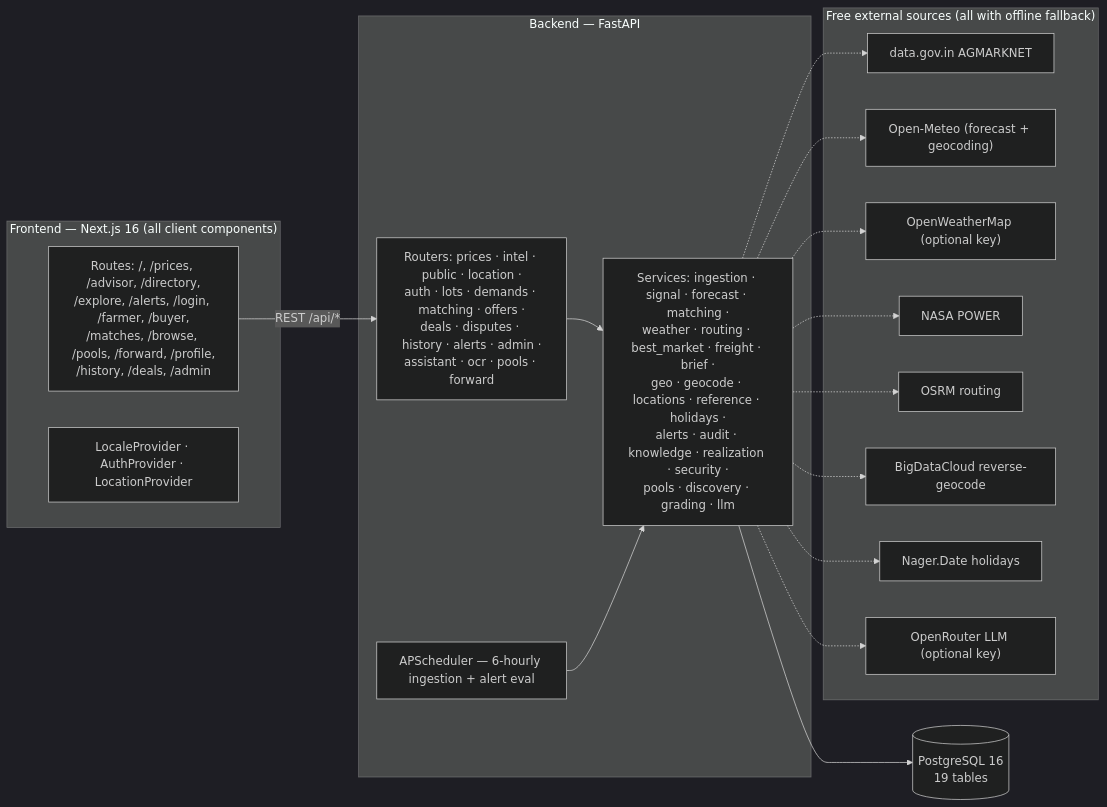
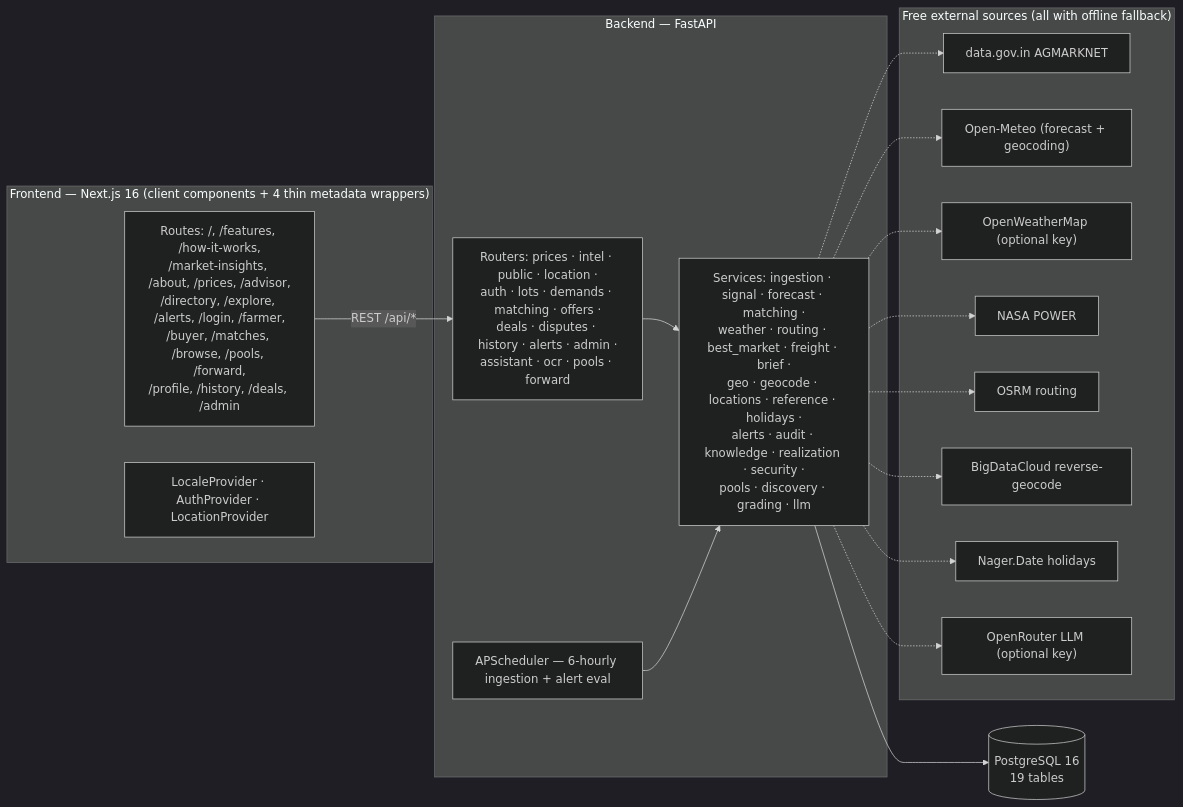
One commit to umangjzx/Sih-26132 changed the first of 3 diagrams in README.md. Above: the diagram before and after it, drawn with Mermaid (dark theme). The commit also changed other lines of this file and 23 other files, not shown here.

````diff
--- a/README.md
+++ b/README.md
@@ -124,32 +143,32 @@
 ```mermaid
 flowchart LR
-    subgraph Client["Frontend — Next.js 16 (all client components)"]
-      UI["Routes: /, /prices, /advisor, /directory,\n/explore, /alerts, /login, /farmer, /buyer,\n/matches, /browse, /pools, /forward, /profile,\n/history, /deals, /admin"]
+    subgraph Client["Frontend — Next.js 16 (client components + 4 thin metadata wrappers)"]
+      UI["Routes: /, /features, /how-it-works,\n/market-insights, /about, /prices, /advisor,\n/directory, /explore, /alerts, /login, /farmer,\n/buyer, /matches, /browse, /pools, /forward,\n/profile, /history, /deals, /admin"]
       Providers["LocaleProvider · AuthProvider · LocationProvider"]
     end
 
     subgraph API["Backend — FastAPI"]
       Routers["Routers: prices · intel · public · location ·\nauth · lots · demands · matching · offers ·\ndeals · disputes · history · alerts · admin ·\nassistant · ocr · pools · forward"]
       Services["Services: ingestion · signal · forecast · matching ·\nweather · routing · best_market · freight · brief ·\ngeo · geocode · locations · reference · holidays ·\nalerts · audit · knowledge · realization · security ·\npools · discovery · grading · llm"]
       Sched["APScheduler — 6-hourly ingestion + alert eval"]
     end
 
     DB[("PostgreSQL 16\n19 tables")]
 
     subgraph Ext["Free external sources (all with offline fallback)"]
       AGMARKNET["data.gov.in AGMARKNET"]
       OM["Open-Meteo (forecast + geocoding)"]
       OWM["OpenWeatherMap (optional key)"]
       POWER["NASA POWER"]
       OSRM["OSRM routing"]
       BDC["BigDataCloud reverse-geocode"]
       NAGER["Nager.Date holidays"]
       OR["OpenRouter LLM (optional key)"]
     end
 
     UI -->|"REST /api/*"| Routers
     Routers --> Services
     Services --> DB
     Sched --> Services
     Services -.-> AGMARKNET & OM & OWM & POWER & OSRM & BDC & NAGER & OR
 ```
````
